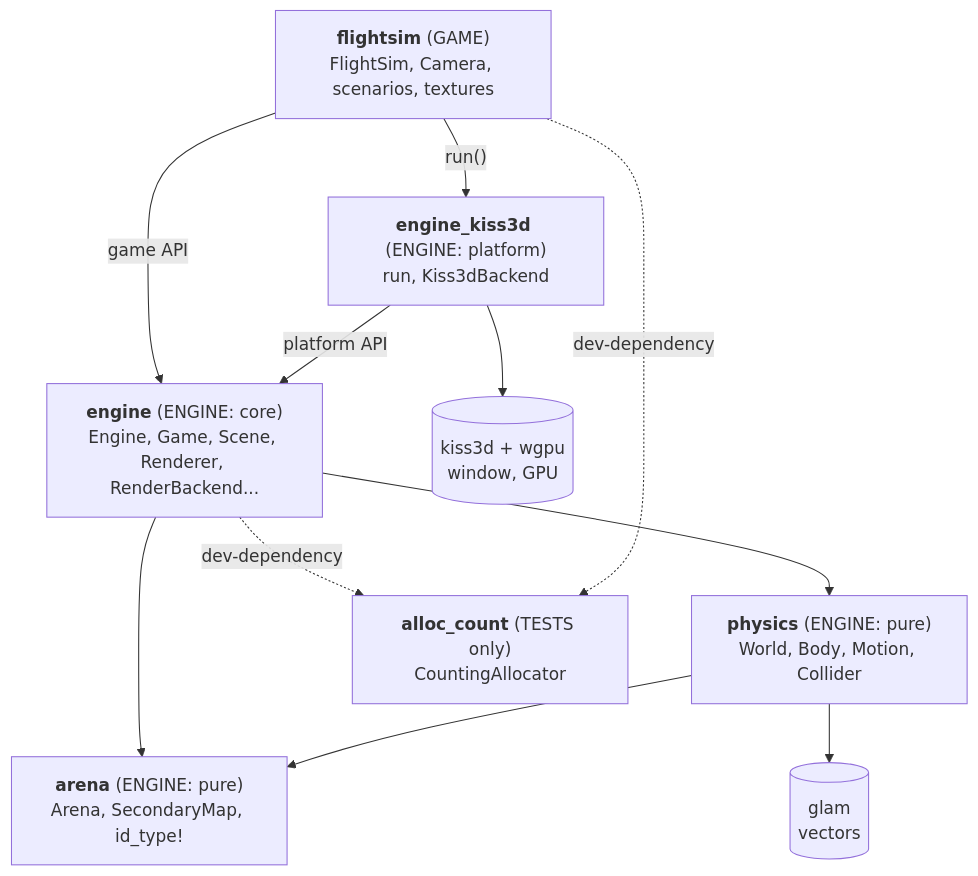
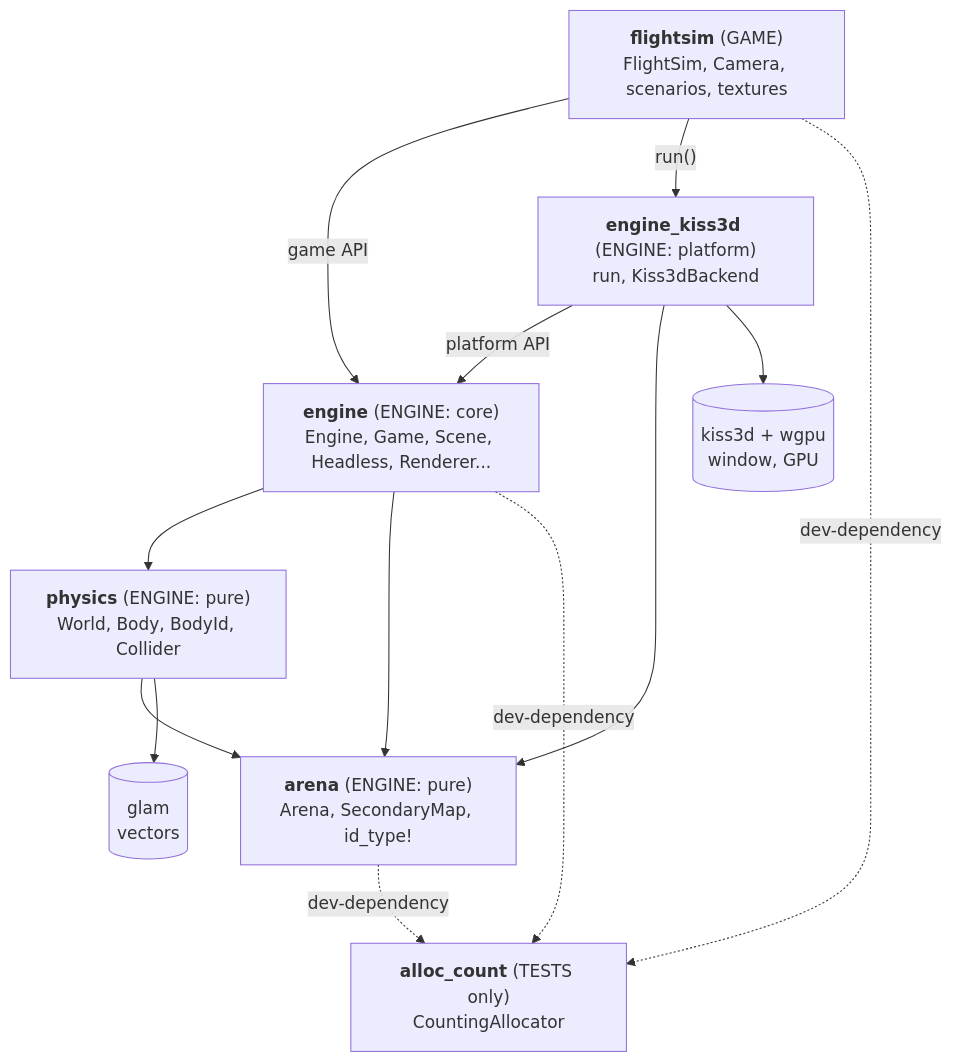
One commit to fterrier/flightsim changed the first of 6 diagrams in ARCHITECTURE.md. Above: the diagram before and after it, drawn with Mermaid. The commit also changed other lines of this file and 19 other files, not shown here.

````diff
--- a/ARCHITECTURE.md
+++ b/ARCHITECTURE.md
@@ -21,22 +21,24 @@
 ```mermaid
 flowchart TD
     flightsim["<b>flightsim</b> (GAME)<br/>FlightSim, Camera, scenarios, textures"]
     kiss3d_crate["<b>engine_kiss3d</b> (ENGINE: platform)<br/>run, Kiss3dBackend"]
-    engine["<b>engine</b> (ENGINE: core)<br/>Engine, Game, Scene, Renderer, RenderBackend..."]
-    physics["<b>physics</b> (ENGINE: pure)<br/>World, Body, Motion, Collider"]
+    engine["<b>engine</b> (ENGINE: core)<br/>Engine, Game, Scene, Headless, Renderer..."]
+    physics["<b>physics</b> (ENGINE: pure)<br/>World, Body, BodyId, Collider"]
     arena["<b>arena</b> (ENGINE: pure)<br/>Arena, SecondaryMap, id_type!"]
     alloc["<b>alloc_count</b> (TESTS only)<br/>CountingAllocator"]
     kiss3d[("kiss3d + wgpu<br/>window, GPU")]
     glam[("glam<br/>vectors")]
 
     flightsim -->|"game API"| engine
     flightsim -->|"run()"| kiss3d_crate
     kiss3d_crate -->|"platform API"| engine
+    kiss3d_crate --> arena
     kiss3d_crate --> kiss3d
     engine --> physics
     engine --> arena
     physics --> arena
     physics --> glam
     engine -.->|"dev-dependency"| alloc
     flightsim -.->|"dev-dependency"| alloc
+    arena -.->|"dev-dependency"| alloc
 ```
````
